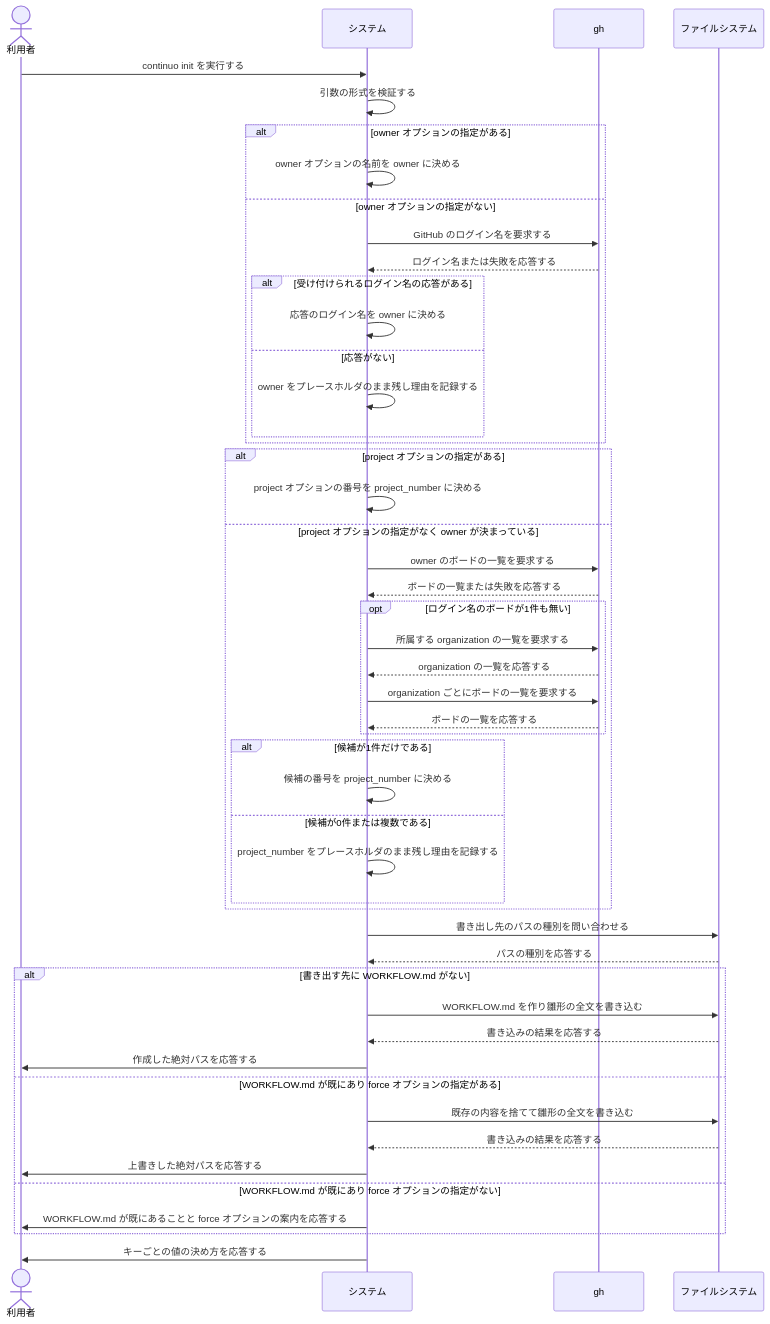
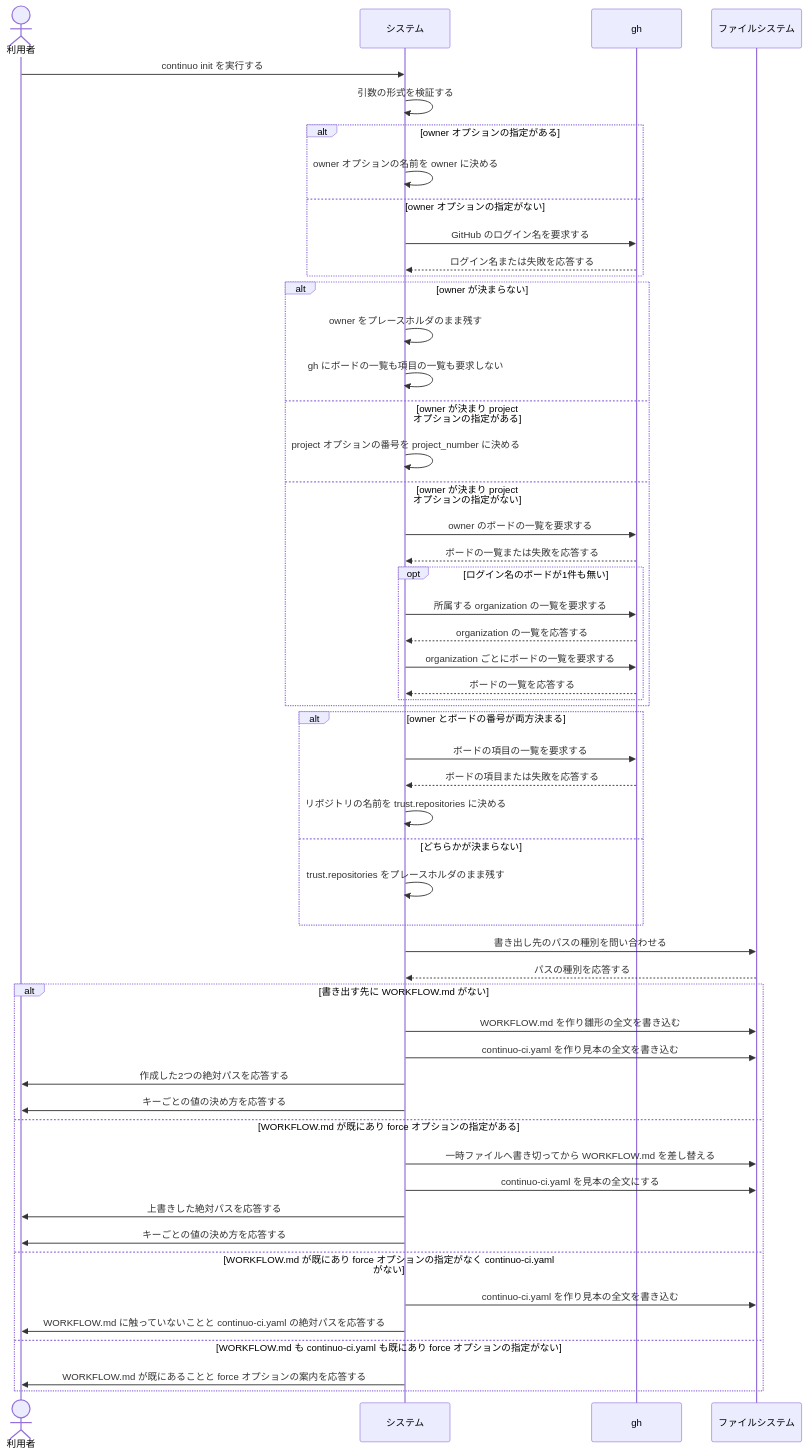
Before and after one commit to maimuzo/continuo: the second of 2 diagrams in docs/spec/usecases/particular_case/設定ファイルを作る.rucm.md, drawn with Mermaid. The commit also changed other lines of this file and 6 other files, not shown here.

````diff
--- a/docs/spec/usecases/particular_case/設定ファイルを作る.rucm.md
+++ b/docs/spec/usecases/particular_case/設定ファイルを作る.rucm.md
@@ -250,57 +359,61 @@
 ```mermaid
 sequenceDiagram
     actor 利用者
     participant システム
     participant gh
     participant ファイルシステム
 
     利用者->>システム: continuo init を実行する
     システム->>システム: 引数の形式を検証する
 
     alt owner オプションの指定がある
         システム->>システム: owner オプションの名前を owner に決める
     else owner オプションの指定がない
         システム->>gh: GitHub のログイン名を要求する
         gh-->>システム: ログイン名または失敗を応答する
-        alt 受け付けられるログイン名の応答がある
-            システム->>システム: 応答のログイン名を owner に決める
-        else 応答がない
-            システム->>システム: owner をプレースホルダのまま残し理由を記録する
-        end
     end
 
-    alt project オプションの指定がある
+    alt owner が決まらない
+        システム->>システム: owner をプレースホルダのまま残す
+        システム->>システム: gh にボードの一覧も項目の一覧も要求しない
+    else owner が決まり project オプションの指定がある
         システム->>システム: project オプションの番号を project_number に決める
-    else project オプションの指定がなく owner が決まっている
+    else owner が決まり project オプションの指定がない
         システム->>gh: owner のボードの一覧を要求する
         gh-->>システム: ボードの一覧または失敗を応答する
         opt ログイン名のボードが1件も無い
             システム->>gh: 所属する organization の一覧を要求する
             gh-->>システム: organization の一覧を応答する
             システム->>gh: organization ごとにボードの一覧を要求する
             gh-->>システム: ボードの一覧を応答する
         end
-        alt 候補が1件だけである
-            システム->>システム: 候補の番号を project_number に決める
-        else 候補が0件または複数である
-            システム->>システム: project_number をプレースホルダのまま残し理由を記録する
-        end
+    end
+
+    alt owner とボードの番号が両方決まる
+        システム->>gh: ボードの項目の一覧を要求する
+        gh-->>システム: ボードの項目または失敗を応答する
+        システム->>システム: リポジトリの名前を trust.repositories に決める
+    else どちらかが決まらない
+        システム->>システム: trust.repositories をプレースホルダのまま残す
     end
 
     システム->>ファイルシステム: 書き出し先のパスの種別を問い合わせる
     ファイルシステム-->>システム: パスの種別を応答する
 
     alt 書き出す先に WORKFLOW.md がない
         システム->>ファイルシステム: WORKFLOW.md を作り雛形の全文を書き込む
-        ファイルシステム-->>システム: 書き込みの結果を応答する
-        システム->>利用者: 作成した絶対パスを応答する
+        システム->>ファイルシステム: continuo-ci.yaml を作り見本の全文を書き込む
+        システム->>利用者: 作成した2つの絶対パスを応答する
+        システム->>利用者: キーごとの値の決め方を応答する
     else WORKFLOW.md が既にあり force オプションの指定がある
-        システム->>ファイルシステム: 既存の内容を捨てて雛形の全文を書き込む
-        ファイルシステム-->>システム: 書き込みの結果を応答する
+        システム->>ファイルシステム: 一時ファイルへ書き切ってから WORKFLOW.md を差し替える
+        システム->>ファイルシステム: continuo-ci.yaml を見本の全文にする
         システム->>利用者: 上書きした絶対パスを応答する
-    else WORKFLOW.md が既にあり force オプションの指定がない
+        システム->>利用者: キーごとの値の決め方を応答する
+    else WORKFLOW.md が既にあり force オプションの指定がなく continuo-ci.yaml がない
+        システム->>ファイルシステム: continuo-ci.yaml を作り見本の全文を書き込む
+        システム->>利用者: WORKFLOW.md に触っていないことと continuo-ci.yaml の絶対パスを応答する
+    else WORKFLOW.md も continuo-ci.yaml も既にあり force オプションの指定がない
         システム->>利用者: WORKFLOW.md が既にあることと force オプションの案内を応答する
     end
-
-    システム->>利用者: キーごとの値の決め方を応答する
 ```
````
